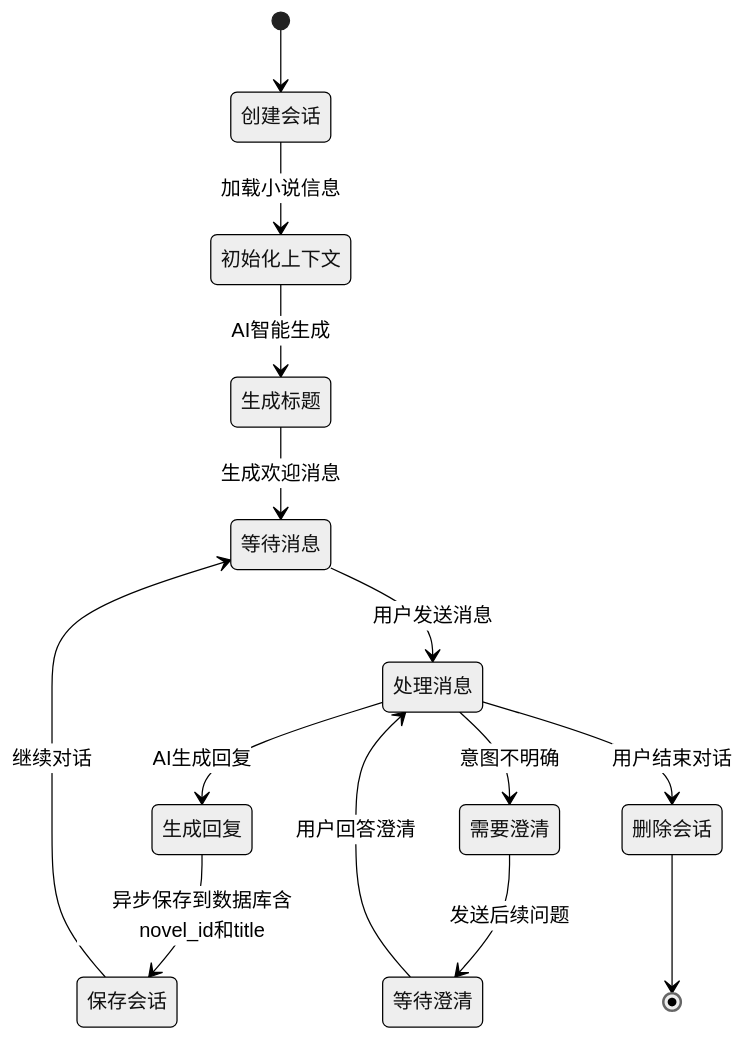
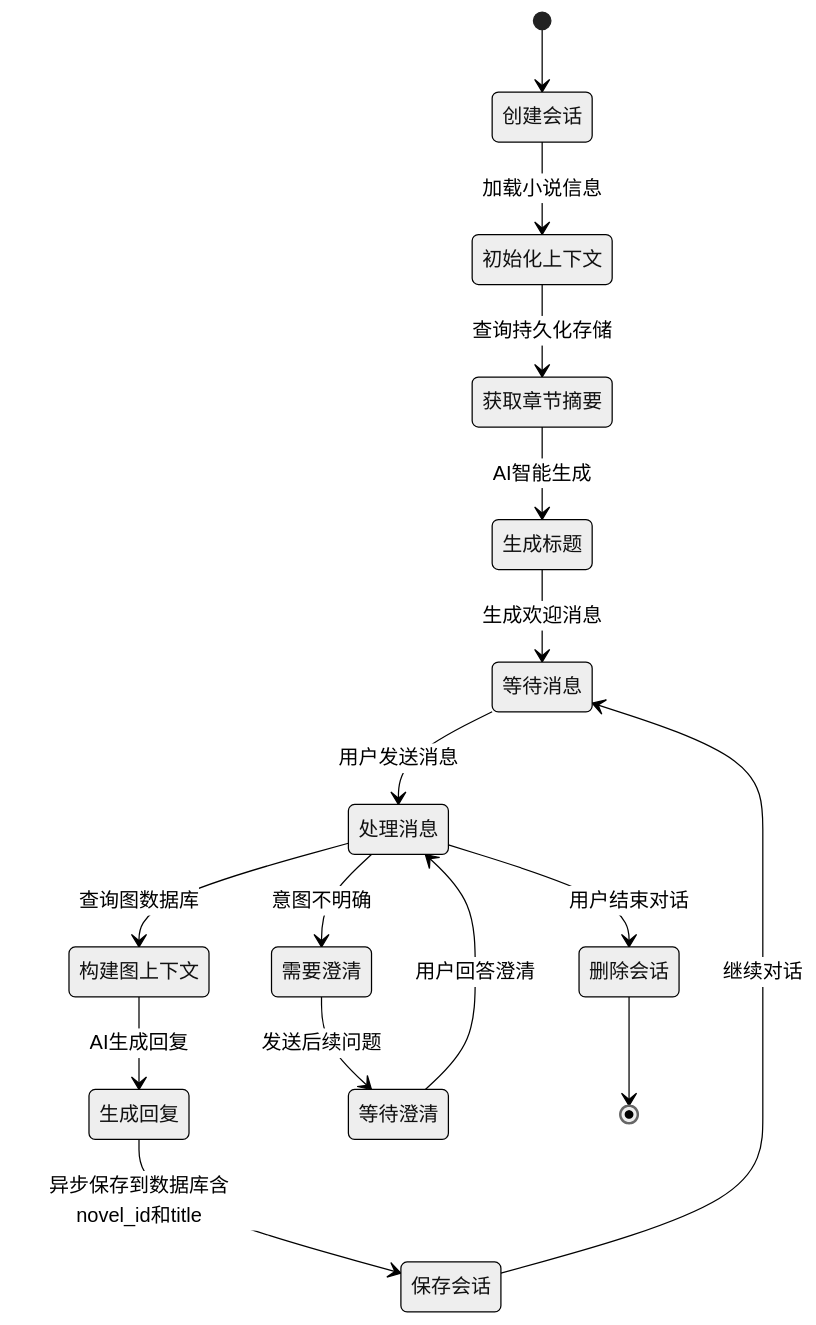
One commit to xfbyxq/ai-novel-system changed the fifth of 25 diagrams in .qoder/repowiki/zh/content/Ai Chat Service.md. Above: the diagram before and after it, drawn with Mermaid (neutral theme). The commit also changed other lines of this file and 19 other files, not shown here.

First line of the commit message:
feat(graph): 新增图数据库完整支持与AI聊天集成

````diff
--- a/.qoder/repowiki/zh/content/Ai Chat Service.md
+++ b/.qoder/repowiki/zh/content/Ai Chat Service.md
@@ -235,16 +274,18 @@
 ```mermaid
 stateDiagram-v2
 [*] --> 创建会话
 创建会话 --> 初始化上下文 : 加载小说信息
-初始化上下文 --> 生成标题 : AI智能生成
+初始化上下文 --> 获取章节摘要 : 查询持久化存储
+获取章节摘要 --> 生成标题 : AI智能生成
 生成标题 --> 等待消息 : 生成欢迎消息
 等待消息 --> 处理消息 : 用户发送消息
-处理消息 --> 生成回复 : AI生成回复
+处理消息 --> 构建图上下文 : 查询图数据库
+构建图上下文 --> 生成回复 : AI生成回复
 生成回复 --> 保存会话 : 异步保存到数据库含novel_id和title
 保存会话 --> 等待消息 : 继续对话
 处理消息 --> 需要澄清 : 意图不明确
 需要澄清 --> 等待澄清 : 发送后续问题
 等待澄清 --> 处理消息 : 用户回答澄清
 处理消息 --> 删除会话 : 用户结束对话
 删除会话 --> [*]
 ```
````
